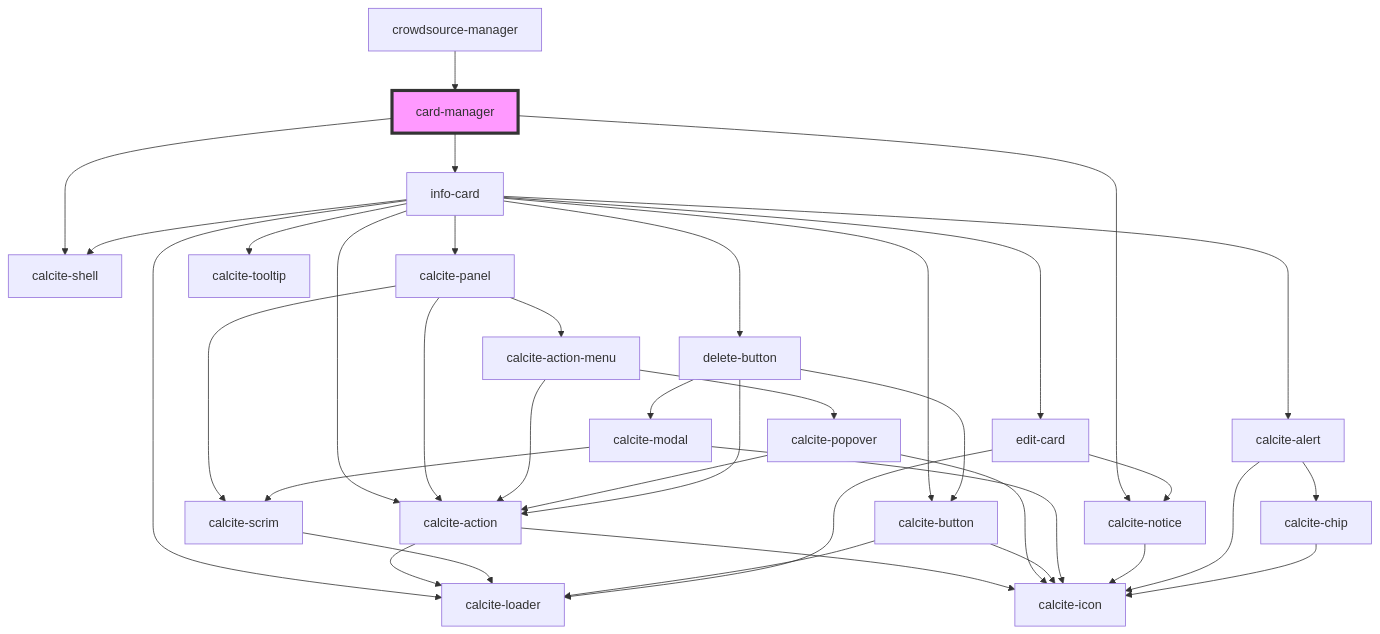
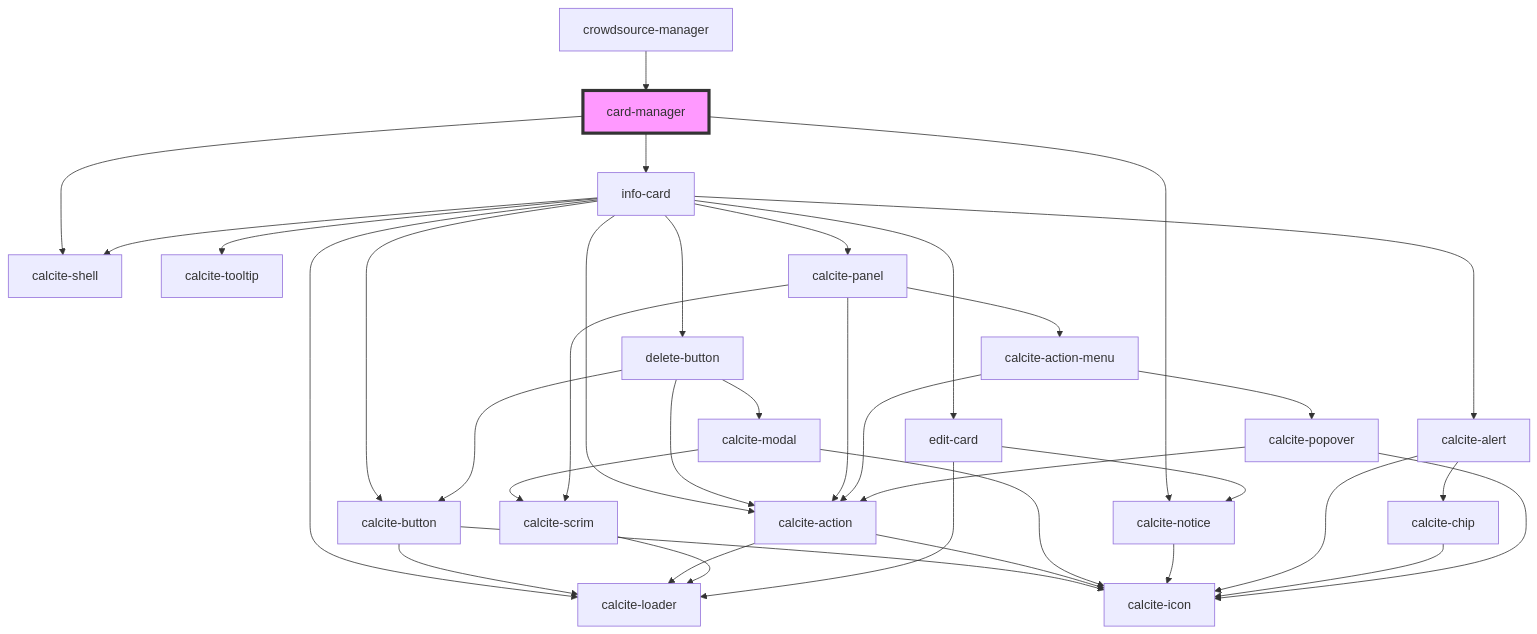
Before and after one commit to Esri/solutions-components: the diagram in src/components/card-manager/readme.md, drawn with Mermaid. The commit also changed other lines of this file and 5 other files, not shown here.

````diff
--- a/src/components/card-manager/readme.md
+++ b/src/components/card-manager/readme.md
@@ -31,40 +31,40 @@
 ```mermaid
 graph TD;
   card-manager --> calcite-shell
   card-manager --> info-card
   card-manager --> calcite-notice
-  info-card --> calcite-panel
-  info-card --> calcite-action
   info-card --> calcite-shell
   info-card --> calcite-loader
   info-card --> calcite-button
   info-card --> delete-button
   info-card --> calcite-tooltip
+  info-card --> calcite-action
   info-card --> edit-card
   info-card --> calcite-alert
-  calcite-panel --> calcite-action
-  calcite-panel --> calcite-action-menu
-  calcite-panel --> calcite-scrim
-  calcite-action --> calcite-loader
-  calcite-action --> calcite-icon
-  calcite-action-menu --> calcite-action
-  calcite-action-menu --> calcite-popover
-  calcite-popover --> calcite-action
-  calcite-popover --> calcite-icon
-  calcite-scrim --> calcite-loader
+  info-card --> calcite-panel
   calcite-button --> calcite-loader
   calcite-button --> calcite-icon
   delete-button --> calcite-button
   delete-button --> calcite-action
   delete-button --> calcite-modal
+  calcite-action --> calcite-loader
+  calcite-action --> calcite-icon
   calcite-modal --> calcite-scrim
   calcite-modal --> calcite-icon
+  calcite-scrim --> calcite-loader
   edit-card --> calcite-notice
   edit-card --> calcite-loader
   calcite-notice --> calcite-icon
   calcite-alert --> calcite-icon
   calcite-alert --> calcite-chip
   calcite-chip --> calcite-icon
+  calcite-panel --> calcite-action
+  calcite-panel --> calcite-action-menu
+  calcite-panel --> calcite-scrim
+  calcite-action-menu --> calcite-action
+  calcite-action-menu --> calcite-popover
+  calcite-popover --> calcite-action
+  calcite-popover --> calcite-icon
   crowdsource-manager --> card-manager
   style card-manager fill:#f9f,stroke:#333,stroke-width:4px
 ```
````
